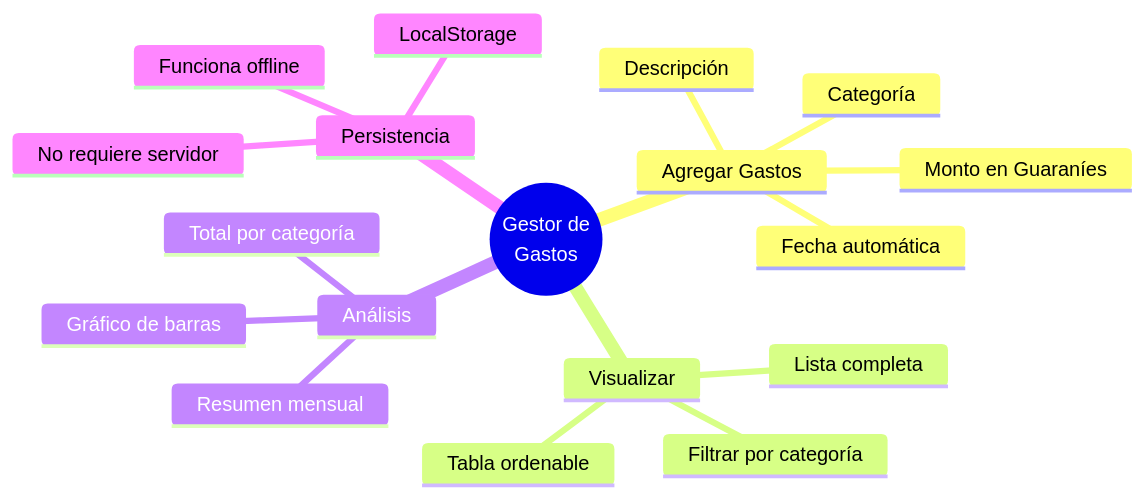
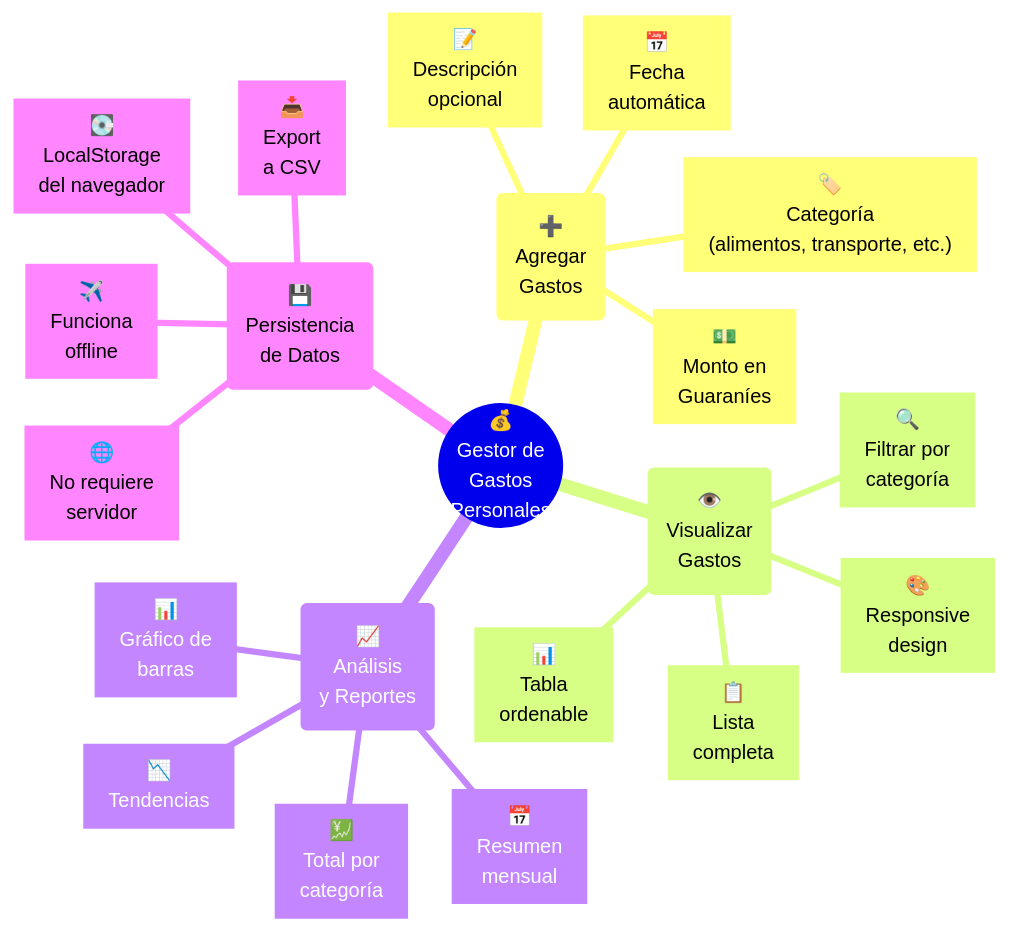
One commit to Ai-Whisperers/Courses-Content changed the second of 8 diagrams in courses/🟡-development/FPUNA-2026/00-FUNDAMENTOS-PRINCIPALES/05-proyecto-en-vivo.md. Above: the diagram before and after it, drawn with Mermaid. The commit also changed other lines of this file and 30 other files, not shown here.

````diff
--- a/courses/🟡-development/FPUNA-2026/00-FUNDAMENTOS-PRINCIPALES/05-proyecto-en-vivo.md
+++ b/courses/🟡-development/FPUNA-2026/00-FUNDAMENTOS-PRINCIPALES/05-proyecto-en-vivo.md
@@ -90,21 +93,24 @@
 ```mermaid
 mindmap
-  root((Gestor de<br/>Gastos))
-    Agregar Gastos
-      Monto en Guaraníes
-      Categoría
-      Descripción
-      Fecha automática
-    Visualizar
-      Lista completa
-      Filtrar por categoría
-      Tabla ordenable
-    Análisis
-      Total por categoría
-      Gráfico de barras
-      Resumen mensual
-    Persistencia
-      LocalStorage
-      No requiere servidor
-      Funciona offline
+  root(("💰<br/>Gestor de<br/>Gastos<br/>Personales"))
+    ("➕<br/>Agregar<br/>Gastos")
+      ["💵<br/>Monto en<br/>Guaraníes"]
+      ["🏷️<br/>Categoría<br/>(alimentos, transporte, etc.)"]
+      ["📝<br/>Descripción<br/>opcional"]
+      ["📅<br/>Fecha<br/>automática"]
+    ("👁️<br/>Visualizar<br/>Gastos")
+      ["📋<br/>Lista<br/>completa"]
+      ["🔍<br/>Filtrar por<br/>categoría"]
+      ["📊<br/>Tabla<br/>ordenable"]
+      ["🎨<br/>Responsive<br/>design"]
+    ("📈<br/>Análisis<br/>y Reportes")
+      ["💹<br/>Total por<br/>categoría"]
+      ["📊<br/>Gráfico de<br/>barras"]
+      ["📅<br/>Resumen<br/>mensual"]
+      ["📉<br/>Tendencias"]
+    ("💾<br/>Persistencia<br/>de Datos")
+      ["💽<br/>LocalStorage<br/>del navegador"]
+      ["🌐<br/>No requiere<br/>servidor"]
+      ["✈️<br/>Funciona<br/>offline"]
+      ["📥<br/>Export<br/>a CSV"]
 ```
````
